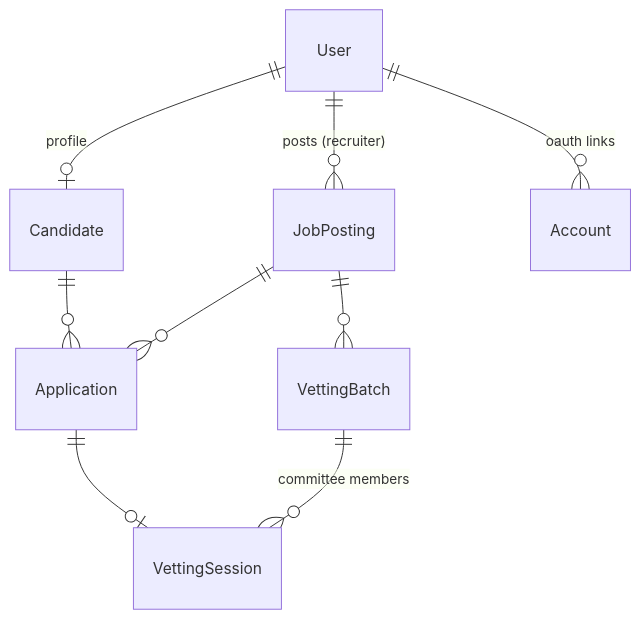
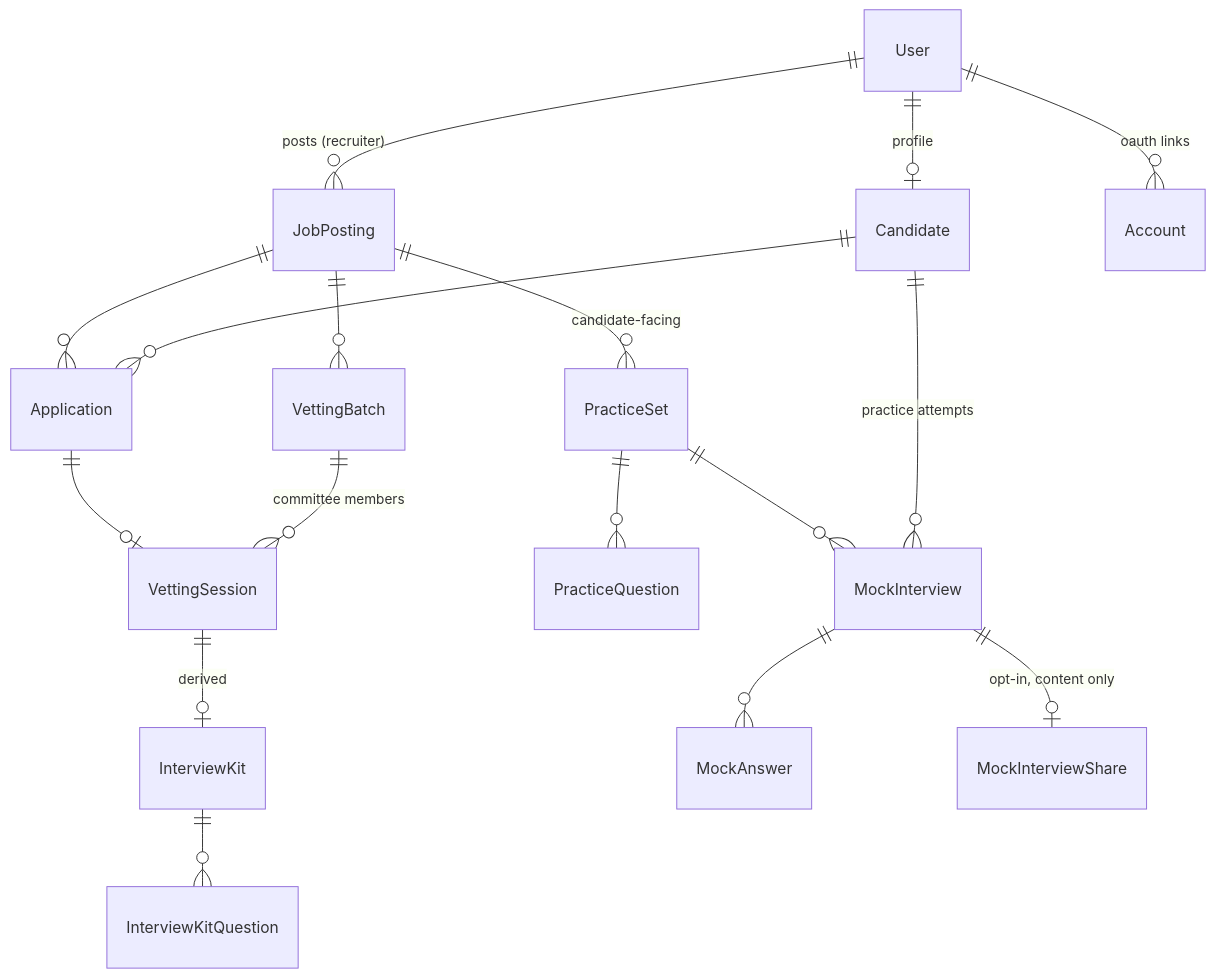
One commit to Kanavpreet-Singh/LuminaHire changed the fourth of 5 diagrams in README.md. Above: the diagram before and after it, drawn with Mermaid. The commit also changed other lines of this file and 12 other files, not shown here.

First line of the commit message:
docs: update README with Interview Kit / Practice Studio screenshots

````diff
--- a/README.md
+++ b/README.md
@@ -403,11 +454,19 @@
 ```mermaid
 erDiagram
     User ||--o| Candidate : "profile"
     User ||--o{ JobPosting : "posts (recruiter)"
     User ||--o{ Account : "oauth links"
     JobPosting ||--o{ Application : ""
     Candidate ||--o{ Application : ""
     Application ||--o| VettingSession : ""
     JobPosting ||--o{ VettingBatch : ""
     VettingBatch ||--o{ VettingSession : "committee members"
+    VettingSession ||--o| InterviewKit : "derived"
+    InterviewKit ||--o{ InterviewKitQuestion : ""
+    JobPosting ||--o{ PracticeSet : "candidate-facing"
+    PracticeSet ||--o{ PracticeQuestion : ""
+    PracticeSet ||--o{ MockInterview : ""
+    Candidate ||--o{ MockInterview : "practice attempts"
+    MockInterview ||--o{ MockAnswer : ""
+    MockInterview ||--o| MockInterviewShare : "opt-in, content only"
 ```
````
